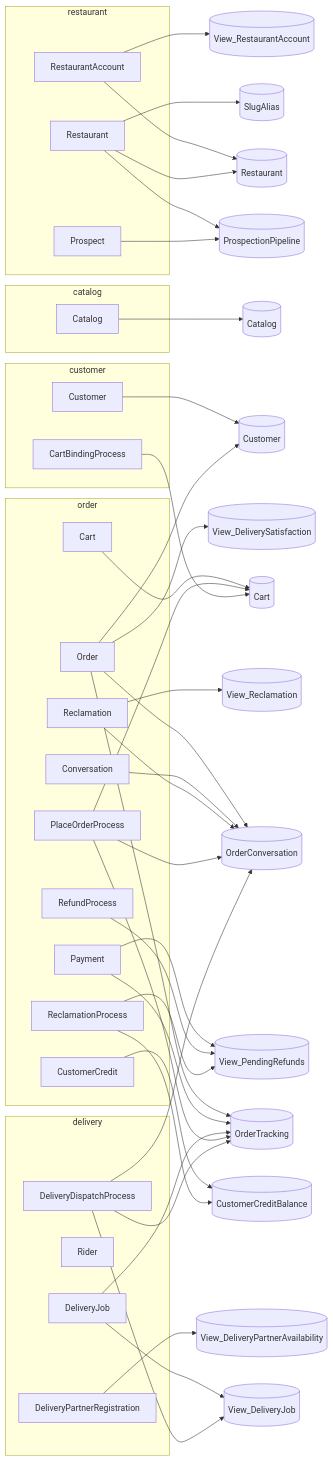
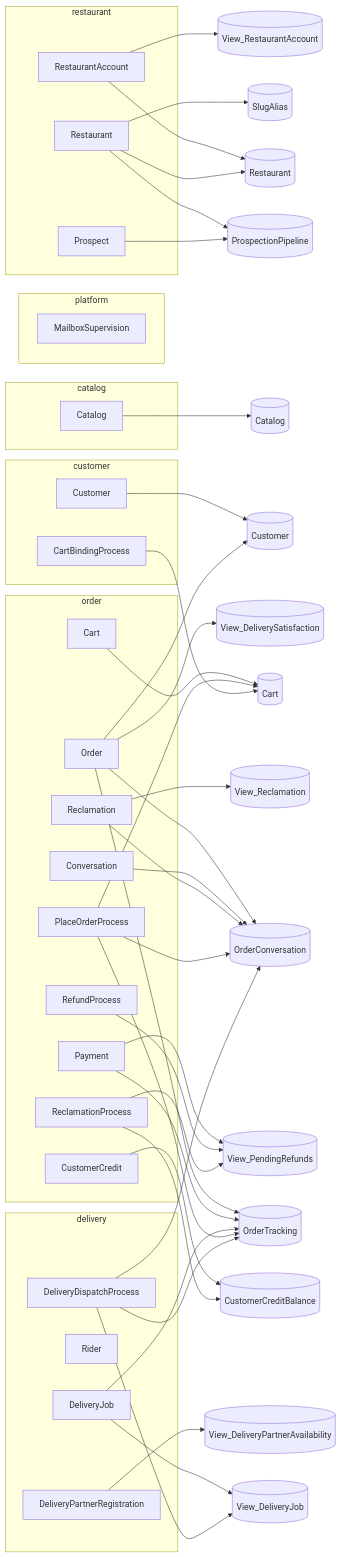
Before and after one commit to TheCaptainCompany/captain-food: the second of 7 diagrams in specs/generated/c4.generated.md, drawn with Mermaid. The commit also changed 55 other files, not shown here.

````diff
--- a/specs/generated/c4.generated.md
+++ b/specs/generated/c4.generated.md
@@ -64,79 +64,82 @@
 ```mermaid
 flowchart LR
   subgraph g_restaurant["restaurant"]
     a_RestaurantAccount["RestaurantAccount"]
     a_Restaurant["Restaurant"]
     a_Prospect["Prospect"]
   end
   subgraph g_catalog["catalog"]
     a_Catalog["Catalog"]
   end
   subgraph g_order["order"]
     a_Cart["Cart"]
     a_Order["Order"]
     a_Payment["Payment"]
     a_Conversation["Conversation"]
     a_Reclamation["Reclamation"]
     a_CustomerCredit["CustomerCredit"]
     a_PlaceOrderProcess["PlaceOrderProcess"]
     a_RefundProcess["RefundProcess"]
     a_ReclamationProcess["ReclamationProcess"]
+  end
+  subgraph g_platform["platform"]
+    a_MailboxSupervision["MailboxSupervision"]
   end
   subgraph g_customer["customer"]
     a_Customer["Customer"]
     a_CartBindingProcess["CartBindingProcess"]
   end
   subgraph g_delivery["delivery"]
     a_DeliveryJob["DeliveryJob"]
     a_Rider["Rider"]
     a_DeliveryPartnerRegistration["DeliveryPartnerRegistration"]
     a_DeliveryDispatchProcess["DeliveryDispatchProcess"]
   end
   v_View_RestaurantAccount[("View_RestaurantAccount")]
   v_Restaurant[("Restaurant")]
   v_ProspectionPipeline[("ProspectionPipeline")]
   v_SlugAlias[("SlugAlias")]
   v_View_DeliveryPartnerAvailability[("View_DeliveryPartnerAvailability")]
   v_Catalog[("Catalog")]
   v_Customer[("Customer")]
   v_Cart[("Cart")]
   v_OrderTracking[("OrderTracking")]
   v_OrderConversation[("OrderConversation")]
   v_View_DeliverySatisfaction[("View_DeliverySatisfaction")]
   v_View_PendingRefunds[("View_PendingRefunds")]
   v_View_DeliveryJob[("View_DeliveryJob")]
   v_View_Reclamation[("View_Reclamation")]
   v_CustomerCreditBalance[("CustomerCreditBalance")]
   a_RestaurantAccount --> v_View_RestaurantAccount
   a_RestaurantAccount --> v_Restaurant
   a_Restaurant --> v_Restaurant
   a_Restaurant --> v_ProspectionPipeline
   a_Restaurant --> v_SlugAlias
   a_Prospect --> v_ProspectionPipeline
   a_DeliveryPartnerRegistration --> v_View_DeliveryPartnerAvailability
   a_Catalog --> v_Catalog
   a_Customer --> v_Customer
   a_Cart --> v_Cart
   a_Order --> v_OrderTracking
   a_Order --> v_OrderConversation
   a_Order --> v_Customer
   a_Order --> v_View_DeliverySatisfaction
   a_Payment --> v_OrderTracking
   a_Payment --> v_View_PendingRefunds
   a_DeliveryJob --> v_View_DeliveryJob
   a_DeliveryJob --> v_OrderTracking
   a_Conversation --> v_OrderConversation
   a_Reclamation --> v_View_Reclamation
   a_Reclamation --> v_OrderConversation
   a_CustomerCredit --> v_CustomerCreditBalance
   a_PlaceOrderProcess --> v_OrderTracking
   a_PlaceOrderProcess --> v_OrderConversation
   a_RefundProcess --> v_View_PendingRefunds
   a_PlaceOrderProcess --> v_Cart
   a_CartBindingProcess --> v_Cart
   a_DeliveryDispatchProcess --> v_View_DeliveryJob
   a_DeliveryDispatchProcess --> v_OrderTracking
   a_DeliveryDispatchProcess --> v_OrderConversation
   a_ReclamationProcess --> v_CustomerCreditBalance
   a_ReclamationProcess --> v_View_PendingRefunds
 ```
````
